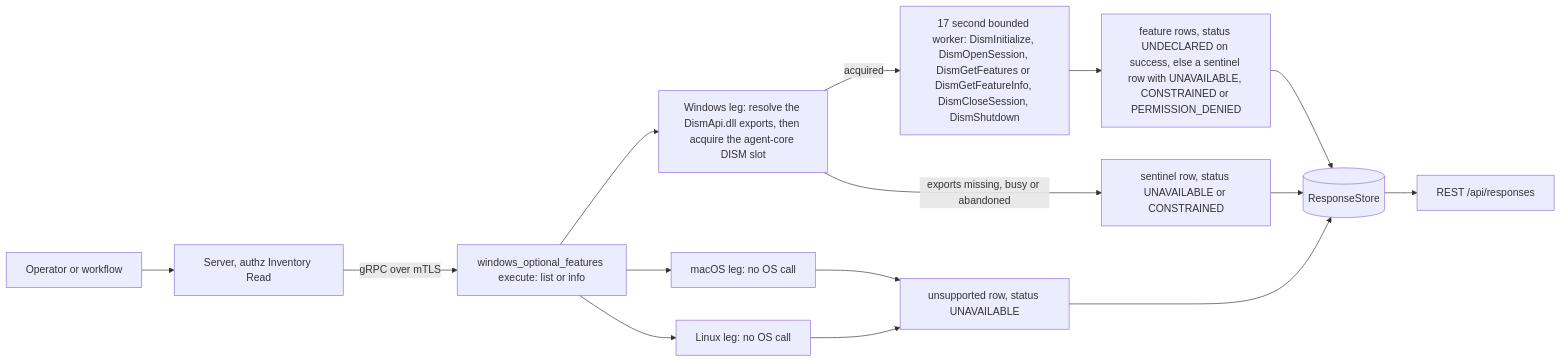
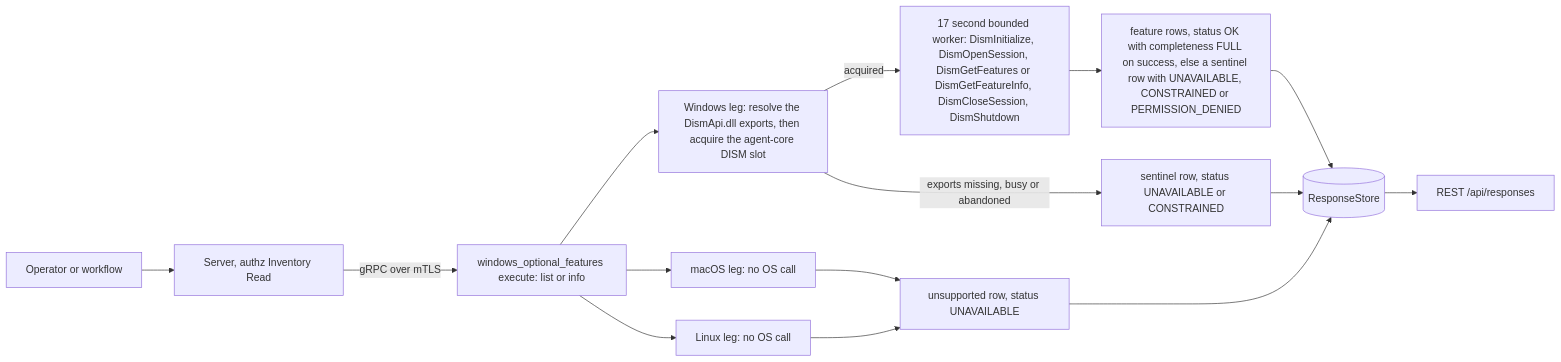
The first of 3 diagrams in agents/plugins/windows_optional_features/README.md (DevNullLtd/Yuzu), drawn with Mermaid before and after one commit. The commit also changed other lines of this file and 30 other files, not shown here.

Commit message:
gate-fix: code-review r1 - unknown completeness is never full, hash-only ping when nothing changed, no_full_floor, teardown wiring gate, Windows registry-walk cases

````diff
--- a/agents/plugins/windows_optional_features/README.md
+++ b/agents/plugins/windows_optional_features/README.md
@@ -19,13 +19,13 @@
 ```mermaid
 flowchart LR
   OP["Operator or workflow"] --> SRV["Server, authz Inventory Read"]
   SRV -->|"gRPC over mTLS"| EX["windows_optional_features execute: list or info"]
   EX --> SLOT["Windows leg: resolve the DismApi.dll exports, then acquire the agent-core DISM slot"]
   SLOT -->|"acquired"| WIN["17 second bounded worker: DismInitialize, DismOpenSession, DismGetFeatures or DismGetFeatureInfo, DismCloseSession, DismShutdown"]
   SLOT -->|"exports missing, busy or abandoned"| SENT["sentinel row, status UNAVAILABLE or CONSTRAINED"]
-  WIN --> ROWS["feature rows, status UNDECLARED on success, else a sentinel row with UNAVAILABLE, CONSTRAINED or PERMISSION_DENIED"]
+  WIN --> ROWS["feature rows, status OK with completeness FULL on success, else a sentinel row with UNAVAILABLE, CONSTRAINED or PERMISSION_DENIED"]
   EX --> MAC["macOS leg: no OS call"]
   EX --> LIN["Linux leg: no OS call"]
   MAC & LIN --> UNS["unsupported row, status UNAVAILABLE"]
   ROWS & SENT & UNS --> RS[("ResponseStore")] --> API["REST /api/responses"]
 ```
````
